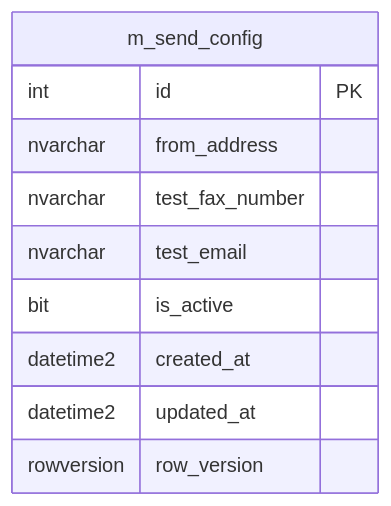
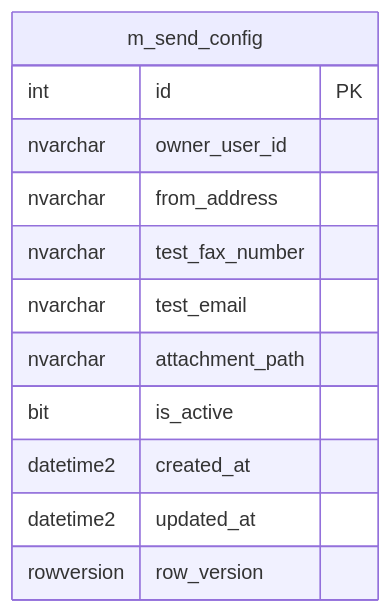
The sixth of 6 diagrams in .kiro/docs/db/ER図.md (n-nonaka-oim/Nonaka-kiro), drawn with Mermaid before and after one commit. The commit also changed 5 other files, not shown here.

Commit message:
spec/docs: send-config-master 改訂(R9ユーザー別/R10添付)＋テーブル定義書・ER図(owner_user_id/attachment_path)＋memo(20260709)

````diff
--- a/.kiro/docs/db/ER図.md
+++ b/.kiro/docs/db/ER図.md
@@ -132,13 +132,15 @@
 ```mermaid
 erDiagram
     m_send_config {
         int id PK
+        nvarchar owner_user_id
         nvarchar from_address
         nvarchar test_fax_number
         nvarchar test_email
+        nvarchar attachment_path
         bit is_active
         datetime2 created_at
         datetime2 updated_at
         rowversion row_version
     }
 ```
````
